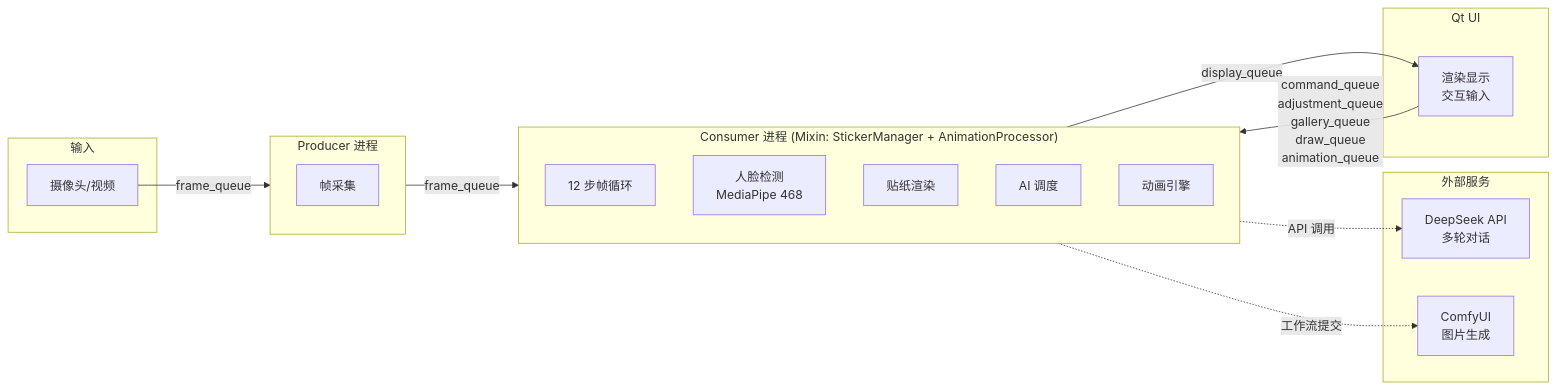
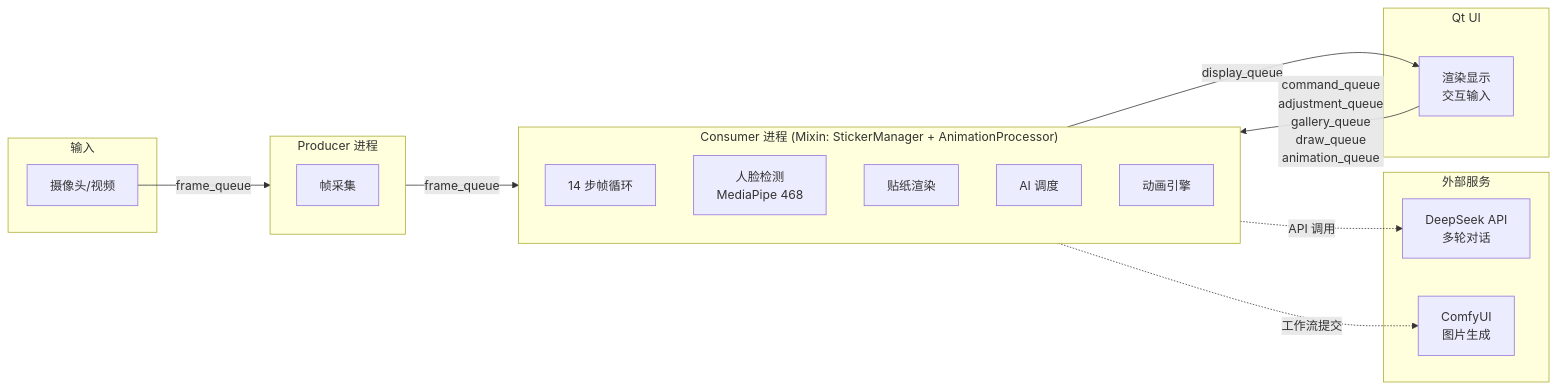
The first of 6 diagrams in docs/QUALITY_PLAN.md (wwwhhh333/FaceDoodle), drawn with Mermaid before and after one commit. The commit also changed other lines of this file and 18 other files, not shown here.

````diff
--- a/docs/QUALITY_PLAN.md
+++ b/docs/QUALITY_PLAN.md
@@ -18,31 +18,31 @@
 ```mermaid
 flowchart LR
     subgraph Input["输入"]
         Camera["摄像头/视频"]
     end
     subgraph Producer["Producer 进程"]
         P["帧采集"]
     end
     subgraph Consumer["Consumer 进程 (Mixin: StickerManager + AnimationProcessor)"]
         direction TB
-        C1["12 步帧循环"]
+        C1["14 步帧循环"]
         C2["人脸检测<br/>MediaPipe 468"]
         C3["贴纸渲染"]
         C4["AI 调度"]
         C5["动画引擎"]
     end
     subgraph External["外部服务"]
         DS["DeepSeek API<br/>多轮对话"]
         CF["ComfyUI<br/>图片生成"]
     end
     subgraph Output["Qt UI"]
         U["渲染显示<br/>交互输入"]
     end
 
     Camera -->|frame_queue| Producer
     Producer -->|frame_queue| Consumer
     C4 -.->|API 调用| DS
     C4 -.->|工作流提交| CF
     Consumer -->|display_queue| U
     U -->|command_queue<br/>adjustment_queue<br/>gallery_queue<br/>draw_queue<br/>animation_queue| Consumer
 ```
````
